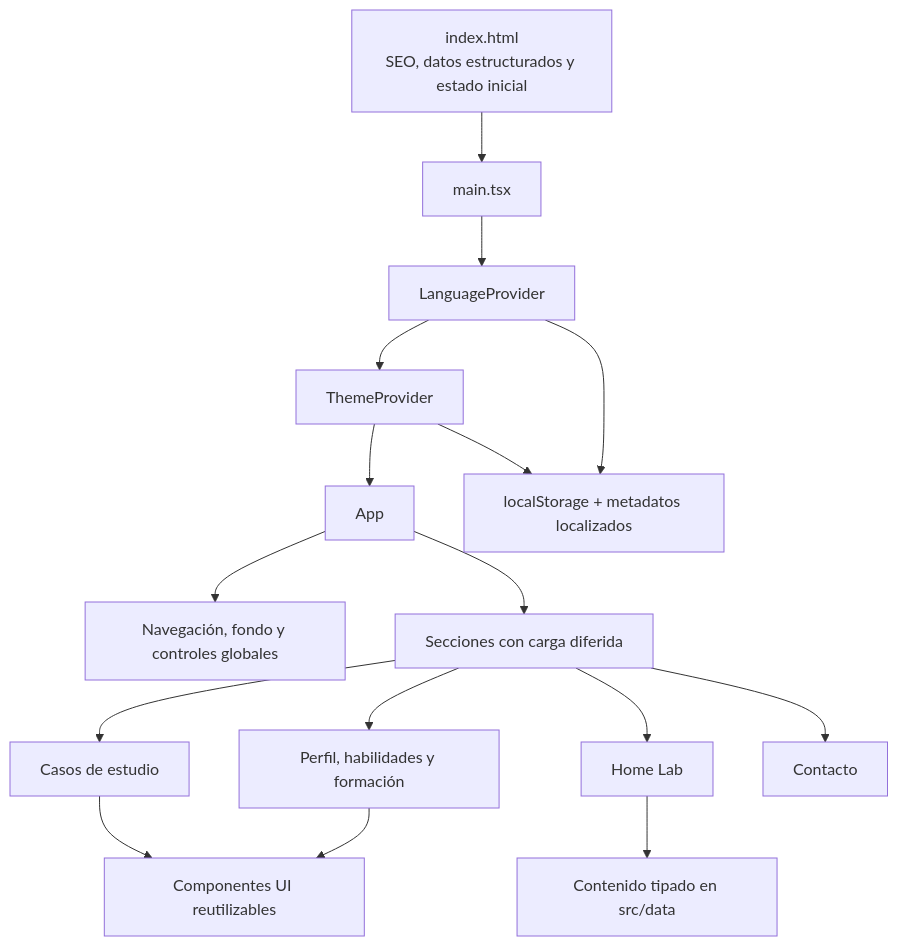
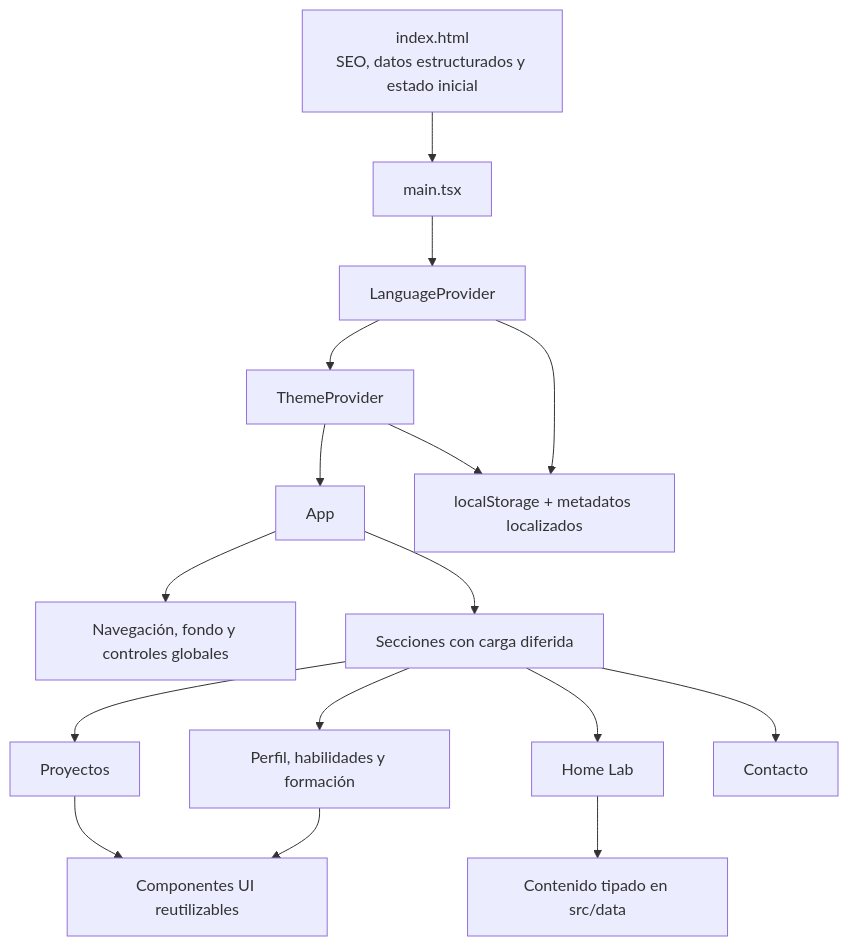
One commit to Cesaredmyt/portfolio changed the diagram in README.md. Above: the diagram before and after it, drawn with Mermaid. The commit also changed other lines of this file, not shown here.

````diff
--- a/README.md
+++ b/README.md
@@ -33,22 +34,22 @@
 ```mermaid
 flowchart TD
     HTML["index.html<br/>SEO, datos estructurados y estado inicial"] --> Main["main.tsx"]
     Main --> Language["LanguageProvider"]
     Language --> Theme["ThemeProvider"]
     Theme --> App["App"]
 
     App --> Shell["Navegación, fondo y controles globales"]
     App --> Sections["Secciones con carga diferida"]
 
-    Sections --> Projects["Casos de estudio"]
+    Sections --> Projects["Proyectos"]
     Sections --> Profile["Perfil, habilidades y formación"]
     Sections --> Infra["Home Lab"]
     Sections --> Contact["Contacto"]
 
     Projects --> UI["Componentes UI reutilizables"]
     Profile --> UI
     Infra --> Data["Contenido tipado en src/data"]
 
     Language --> Storage["localStorage + metadatos localizados"]
     Theme --> Storage
 ```
````
